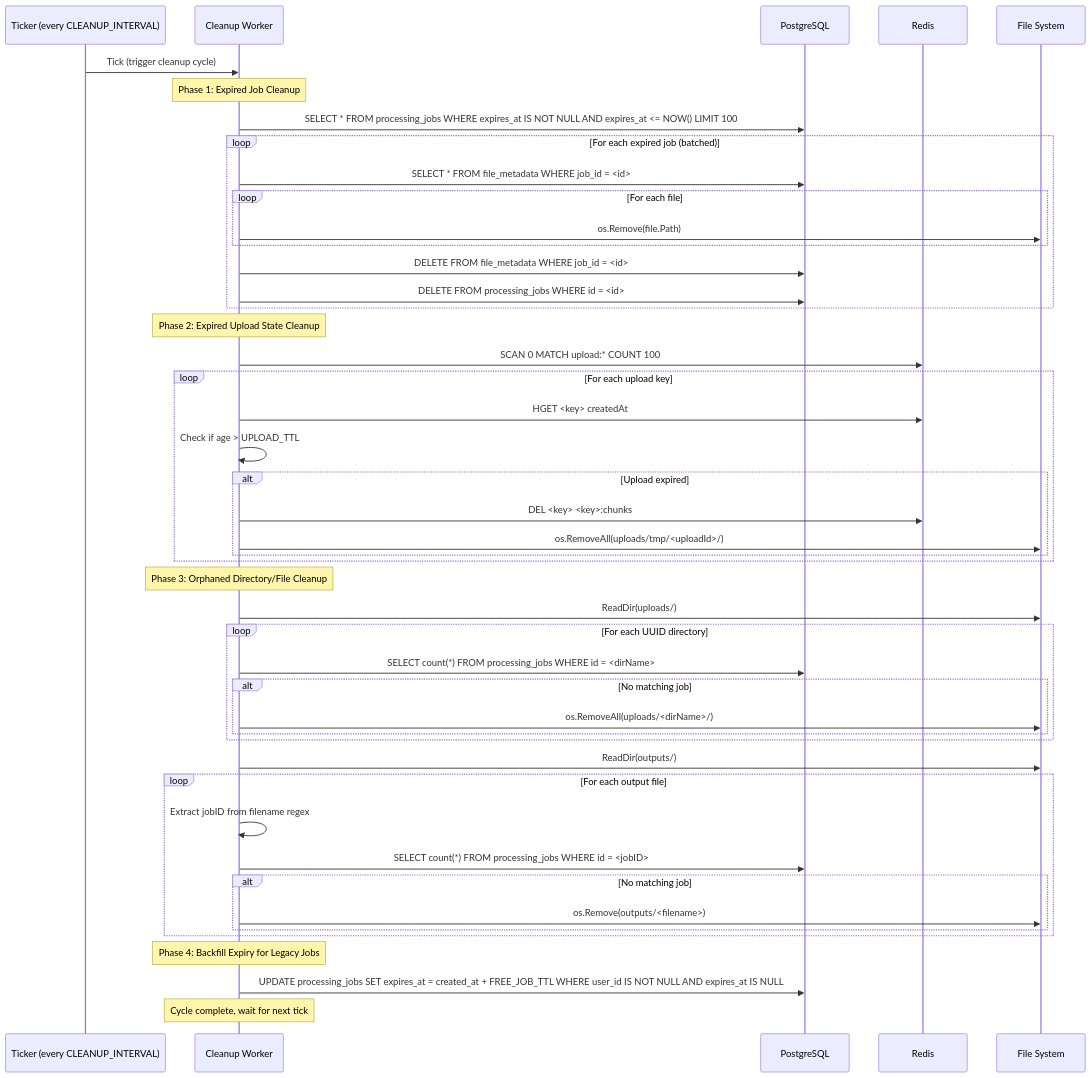
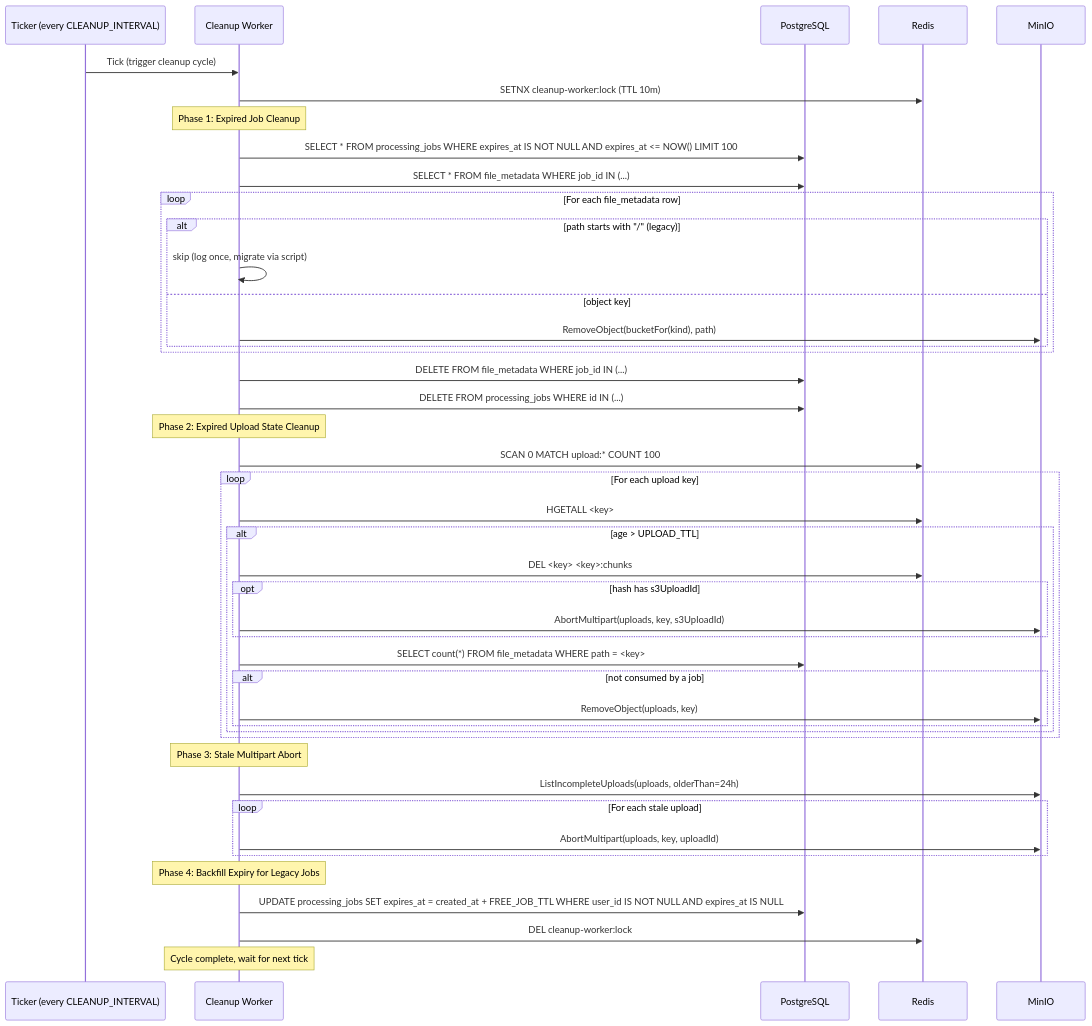
The first of 2 diagrams in docs/developer/services/CLEANUP_WORKER.md (Prachidubey2003/fyredocs_backend), drawn with Mermaid before and after one commit. The commit also changed other lines of this file and 84 other files, not shown here.

````diff
--- a/docs/developer/services/CLEANUP_WORKER.md
+++ b/docs/developer/services/CLEANUP_WORKER.md
@@ -473,56 +399,52 @@
 ```mermaid
 sequenceDiagram
     participant T as Ticker (every CLEANUP_INTERVAL)
     participant CW as Cleanup Worker
     participant DB as PostgreSQL
     participant R as Redis
-    participant FS as File System
+    participant S3 as MinIO
 
     T->>CW: Tick (trigger cleanup cycle)
+    CW->>R: SETNX cleanup-worker:lock (TTL 10m)
 
     Note over CW: Phase 1: Expired Job Cleanup
     CW->>DB: SELECT * FROM processing_jobs WHERE expires_at IS NOT NULL AND expires_at <= NOW() LIMIT 100
-
-    loop For each expired job (batched)
-        CW->>DB: SELECT * FROM file_metadata WHERE job_id = <id>
-        loop For each file
-            CW->>FS: os.Remove(file.Path)
+    CW->>DB: SELECT * FROM file_metadata WHERE job_id IN (...)
+    loop For each file_metadata row
+        alt path starts with "/" (legacy)
+            CW->>CW: skip (log once, migrate via script)
+        else object key
+            CW->>S3: RemoveObject(bucketFor(kind), path)
         end
-        CW->>DB: DELETE FROM file_metadata WHERE job_id = <id>
-        CW->>DB: DELETE FROM processing_jobs WHERE id = <id>
     end
+    CW->>DB: DELETE FROM file_metadata WHERE job_id IN (...)
+    CW->>DB: DELETE FROM processing_jobs WHERE id IN (...)
 
     Note over CW: Phase 2: Expired Upload State Cleanup
     CW->>R: SCAN 0 MATCH upload:* COUNT 100
-
     loop For each upload key
-        CW->>R: HGET <key> createdAt
-        CW->>CW: Check if age > UPLOAD_TTL
-        alt Upload expired
+        CW->>R: HGETALL <key>
+        alt age > UPLOAD_TTL
             CW->>R: DEL <key> <key>:chunks
-            CW->>FS: os.RemoveAll(uploads/tmp/<uploadId>/)
+            opt hash has s3UploadId
+                CW->>S3: AbortMultipart(uploads, key, s3UploadId)
+            end
+            CW->>DB: SELECT count(*) FROM file_metadata WHERE path = <key>
+            alt not consumed by a job
+                CW->>S3: RemoveObject(uploads, key)
+            end
         end
     end
 
-    Note over CW: Phase 3: Orphaned Directory/File Cleanup
-    CW->>FS: ReadDir(uploads/)
-    loop For each UUID directory
-        CW->>DB: SELECT count(*) FROM processing_jobs WHERE id = <dirName>
-        alt No matching job
-            CW->>FS: os.RemoveAll(uploads/<dirName>/)
-        end
-    end
-    CW->>FS: ReadDir(outputs/)
-    loop For each output file
-        CW->>CW: Extract jobID from filename regex
-        CW->>DB: SELECT count(*) FROM processing_jobs WHERE id = <jobID>
-        alt No matching job
-            CW->>FS: os.Remove(outputs/<filename>)
-        end
+    Note over CW: Phase 3: Stale Multipart Abort
+    CW->>S3: ListIncompleteUploads(uploads, olderThan=24h)
+    loop For each stale upload
+        CW->>S3: AbortMultipart(uploads, key, uploadId)
     end
 
     Note over CW: Phase 4: Backfill Expiry for Legacy Jobs
     CW->>DB: UPDATE processing_jobs SET expires_at = created_at + FREE_JOB_TTL WHERE user_id IS NOT NULL AND expires_at IS NULL
 
+    CW->>R: DEL cleanup-worker:lock
     Note over CW: Cycle complete, wait for next tick
 ```
````
